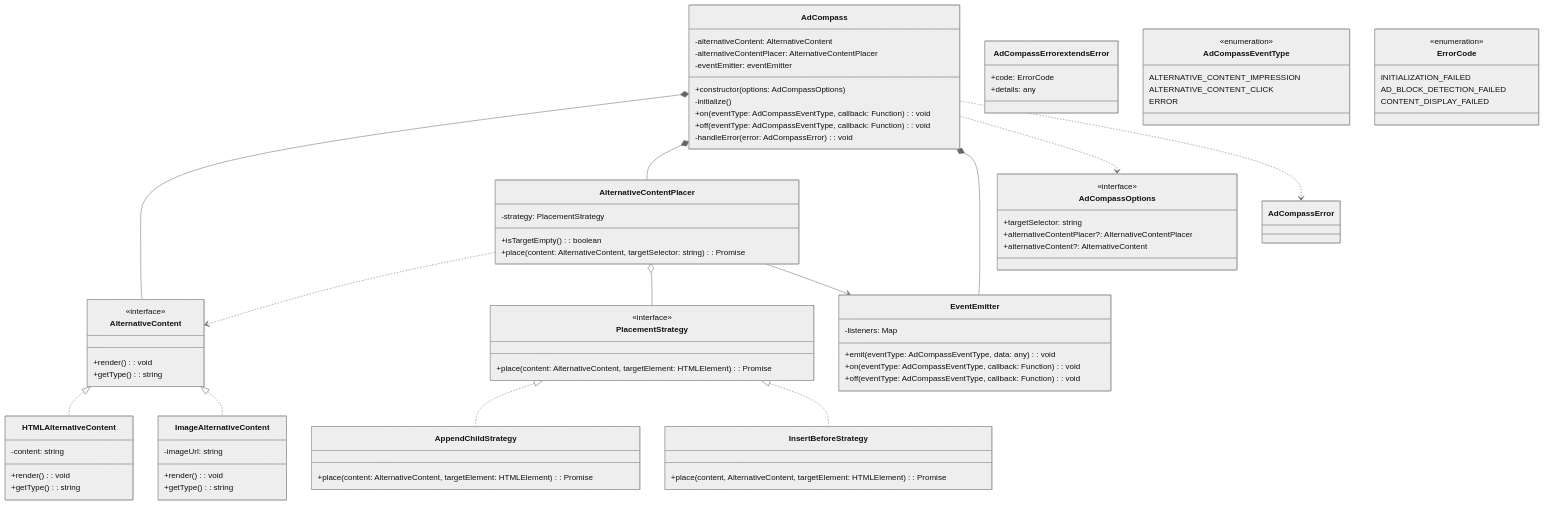
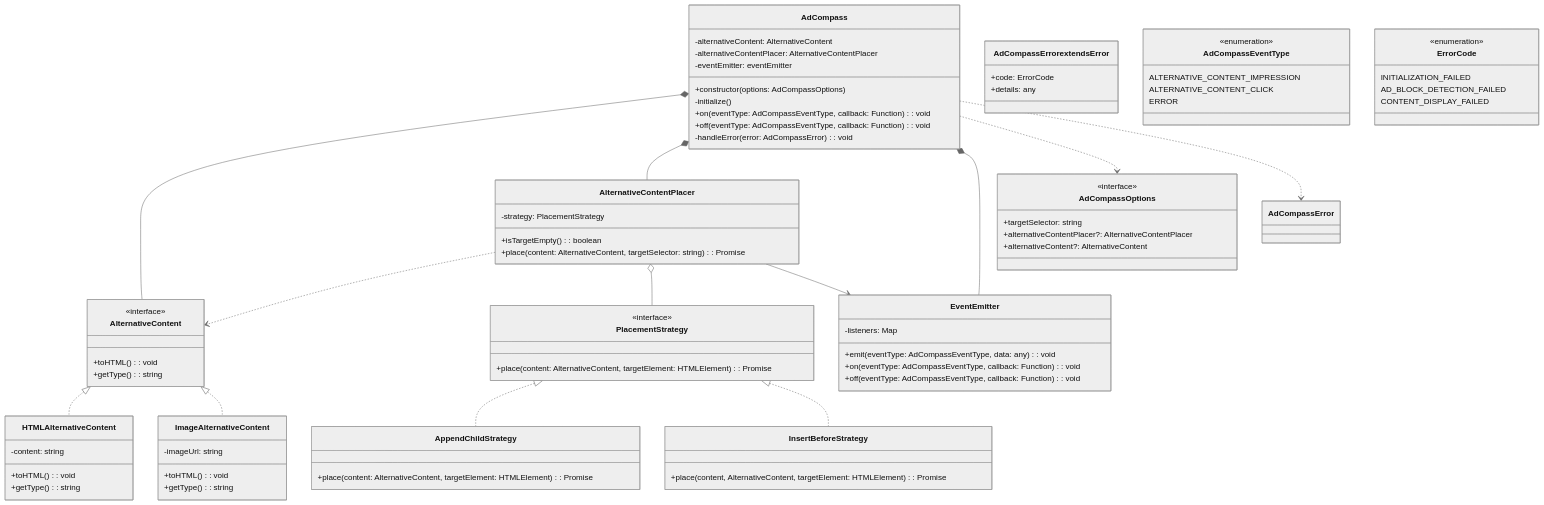
One commit to hogekai/ad-compass changed the diagram in docs/architecture/class-diagram.md. Above: the diagram before and after it, drawn with Mermaid (neutral theme).

Commit message:
Refactoring of HTML alternative content

```diff
--- a/docs/architecture/class-diagram.md
+++ b/docs/architecture/class-diagram.md
@@ -23,19 +23,19 @@
 
     class AlternativeContent  {
         <<interface>>
-        +render(): void
+        +toHTML(): void
         +getType(): string
     }
 
     class HTMLAlternativeContent {
         -content: string
-        +render(): void
+        +toHTML(): void
         +getType(): string
     }
 
     class ImageAlternativeContent {
         -imageUrl: string
-        +render(): void
+        +toHTML(): void
         +getType(): string
     }
 
```
